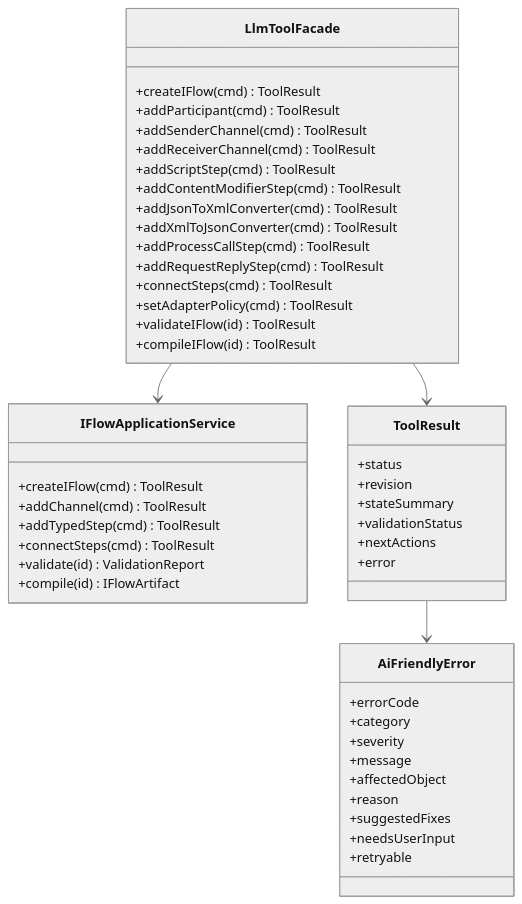
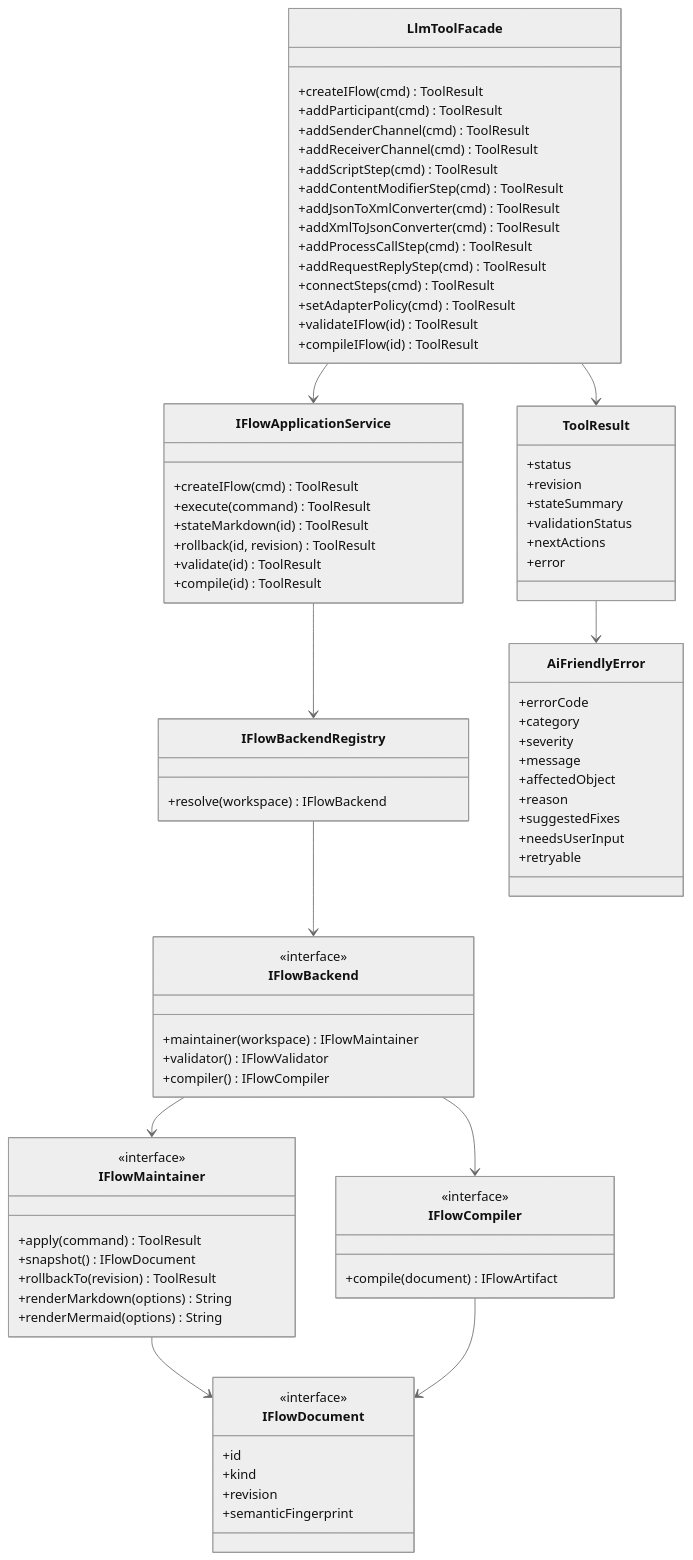
Before and after one commit to hqqw2h-lgtm/integrationsuite-agent: the first of 5 diagrams in docs/06-class-diagram.md, drawn with Mermaid (neutral theme). The commit also changed other lines of this file and 3 other files, not shown here.

Commit message:
Document maintainer engineering controls

````diff
--- a/docs/06-class-diagram.md
+++ b/docs/06-class-diagram.md
@@ -25,11 +25,44 @@
 
     class IFlowApplicationService {
       +createIFlow(cmd) ToolResult
-      +addChannel(cmd) ToolResult
-      +addTypedStep(cmd) ToolResult
-      +connectSteps(cmd) ToolResult
-      +validate(id) ValidationReport
-      +compile(id) IFlowArtifact
+      +execute(command) ToolResult
+      +stateMarkdown(id) ToolResult
+      +rollback(id, revision) ToolResult
+      +validate(id) ToolResult
+      +compile(id) ToolResult
+    }
+
+    class IFlowBackendRegistry {
+      +resolve(workspace) IFlowBackend
+    }
+
+    class IFlowBackend {
+      <<interface>>
+      +maintainer(workspace) IFlowMaintainer
+      +validator() IFlowValidator
+      +compiler() IFlowCompiler
+    }
+
+    class IFlowMaintainer {
+      <<interface>>
+      +apply(command) ToolResult
+      +snapshot() IFlowDocument
+      +rollbackTo(revision) ToolResult
+      +renderMarkdown(options) String
+      +renderMermaid(options) String
+    }
+
+    class IFlowDocument {
+      <<interface>>
+      +id
+      +kind
+      +revision
+      +semanticFingerprint
+    }
+
+    class IFlowCompiler {
+      <<interface>>
+      +compile(document) IFlowArtifact
     }
 
     class ToolResult {
@@ -54,6 +87,12 @@
     }
 
     LlmToolFacade --> IFlowApplicationService
+    IFlowApplicationService --> IFlowBackendRegistry
+    IFlowBackendRegistry --> IFlowBackend
+    IFlowBackend --> IFlowMaintainer
+    IFlowBackend --> IFlowCompiler
+    IFlowMaintainer --> IFlowDocument
+    IFlowCompiler --> IFlowDocument
     LlmToolFacade --> ToolResult
     ToolResult --> AiFriendlyError
 ```
````
